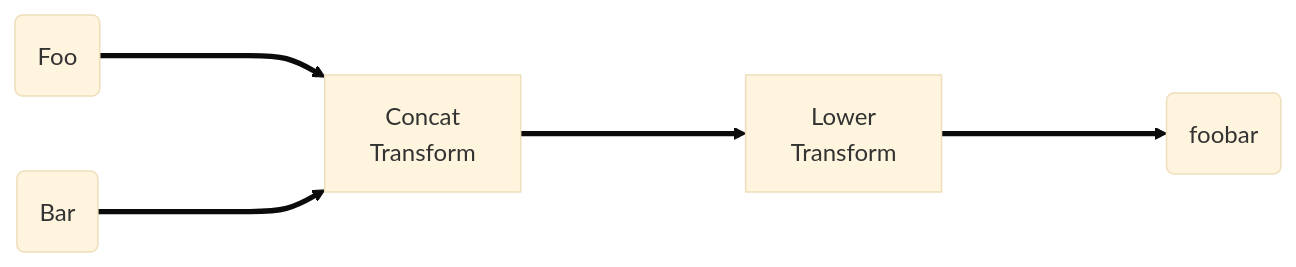
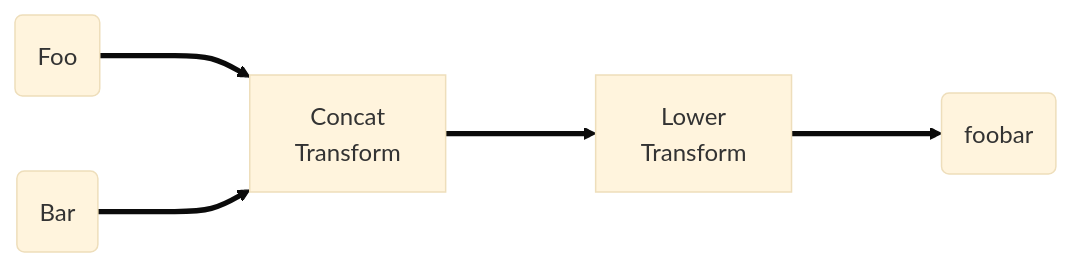
One commit to sailpoint-oss/developer.sailpoint.com changed the sixth of 7 diagrams in docs/extensibility/transforms/index.md. Above: the diagram before and after it, drawn with Mermaid (base theme). The commit also changed other lines of this file and 1 other file, not shown here.

Commit message:
fix for labels on mermaid flowcharts

````diff
--- a/docs/extensibility/transforms/index.md
+++ b/docs/extensibility/transforms/index.md
@@ -87,5 +93,5 @@
 ```mermaid
 flowchart LR
-  id1(Foo) ====> id2[Concat\nTransform] ====> id3[Lower\nTransform] ====> id4(foobar)
-  id5(Bar) ====> id2[Concat\nTransform]
+  id1(Foo) ===> id2[Concat\nTransform] ===> id3[Lower\nTransform] ===> id4(foobar)
+  id5(Bar) ===> id2[Concat\nTransform]
 ```
````
